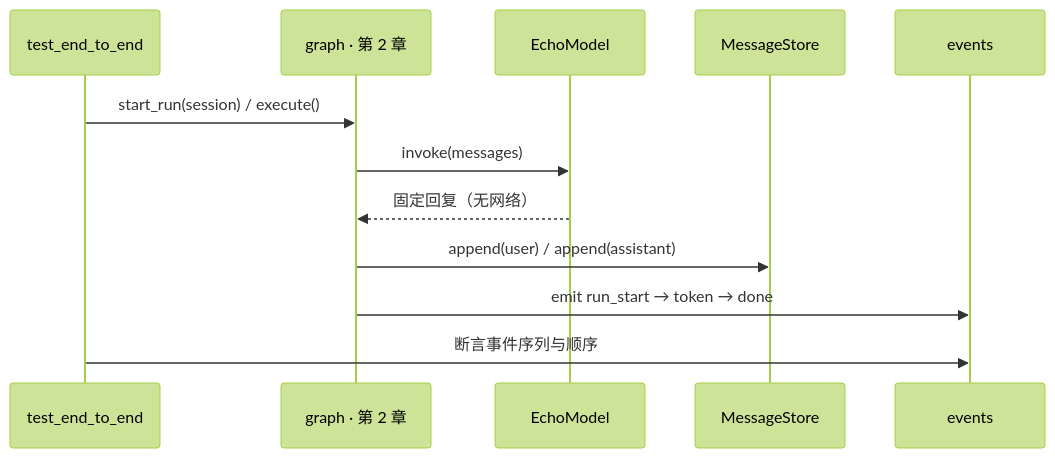
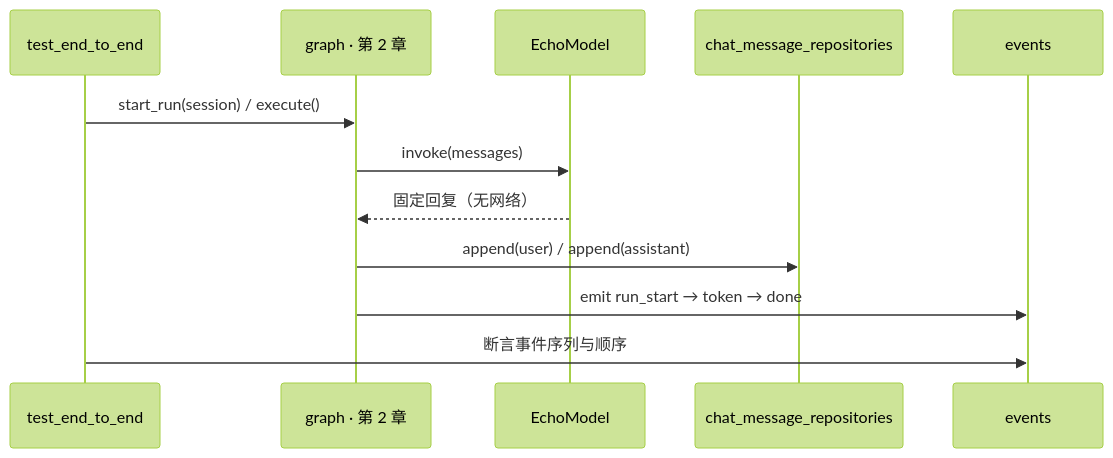
One commit to G0-000/agent-book changed the diagram in work-agent-harness/doc/evoflow-学习规划/01-最小闭环/06-本部分综合验收.md. Above: the diagram before and after it, drawn with Mermaid (forest theme). The commit also changed other lines of this file and 3 other files, not shown here.

Commit message:
docs(ch3): 按 EvoFlow 拆分为 db/session_repositories/chat_message_repositories，删除合并 MessageStore

````diff
--- a/work-agent-harness/doc/evoflow-学习规划/01-最小闭环/06-本部分综合验收.md
+++ b/work-agent-harness/doc/evoflow-学习规划/01-最小闭环/06-本部分综合验收.md
@@ -5,14 +5,14 @@
 ```mermaid
 sequenceDiagram
     participant T as test_end_to_end
     participant G as graph · 第 2 章
     participant M as EchoModel
-    participant S as MessageStore
+    participant S as chat_message_repositories
     participant E as events
     T->>G: start_run(session) / execute()
     G->>M: invoke(messages)
     M-->>G: 固定回复（无网络）
     G->>S: append(user) / append(assistant)
     G->>E: emit run_start → token → done
     T->>E: 断言事件序列与顺序
 ```
````
